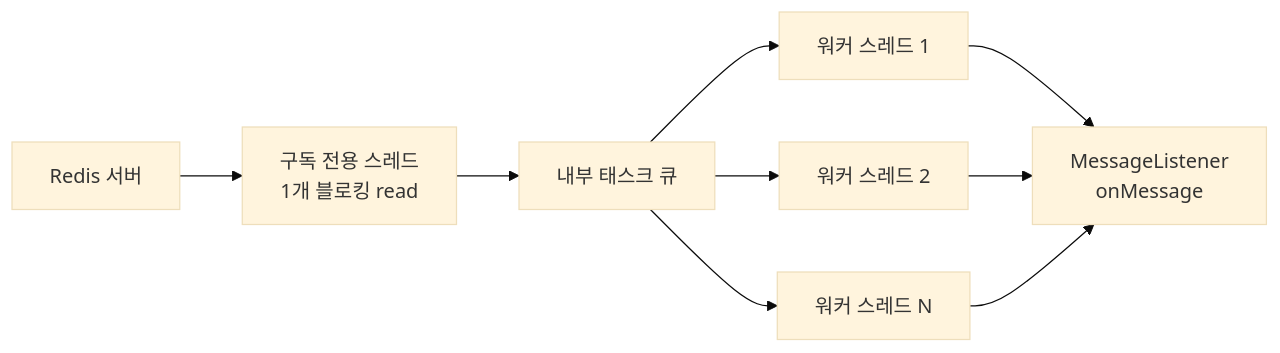
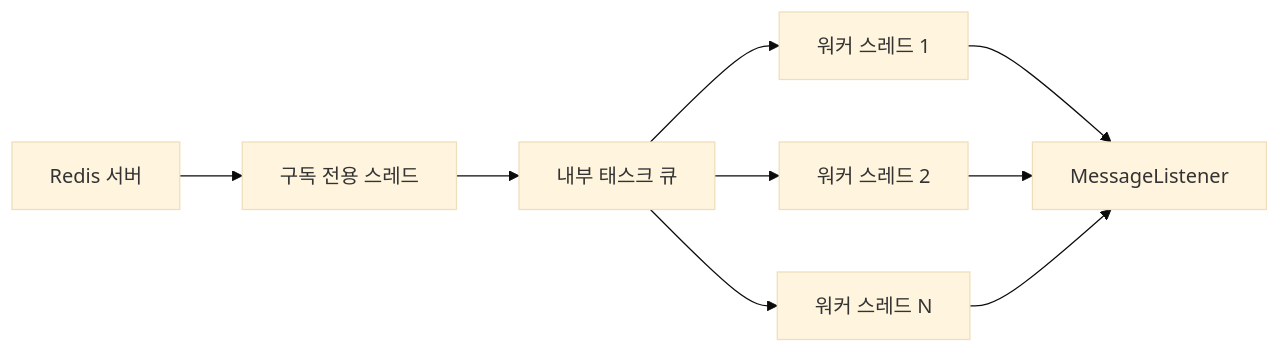
Before and after one commit to yjkim2015/yjkim2015.github.io: the third of 5 diagrams in _posts/redis/2026-05-01-redis-pubsub.md, drawn with Mermaid (base theme). The commit also changed other lines of this file and 245 other files, not shown here.

First line of the commit message:
Mermaid 다이어그램 전면 수정 + 면접 포인트 접기/펼치기 + DB 데드락 페이지

````diff
--- a/_posts/redis/2026-05-01-redis-pubsub.md
+++ b/_posts/redis/2026-05-01-redis-pubsub.md
@@ -329,11 +329,11 @@
 ```mermaid
 graph LR
-  RC[Redis 서버] --> ST[구독 전용 스레드\n1개 블로킹 read]
+  RC[Redis 서버] --> ST["구독 전용 스레드"]
   ST --> Q[내부 태스크 큐]
   Q --> T1[워커 스레드 1]
   Q --> T2[워커 스레드 2]
   Q --> T3[워커 스레드 N]
-  T1 --> L[MessageListener\nonMessage]
+  T1 --> L[MessageListener]
   T2 --> L
   T3 --> L
 ```
````
